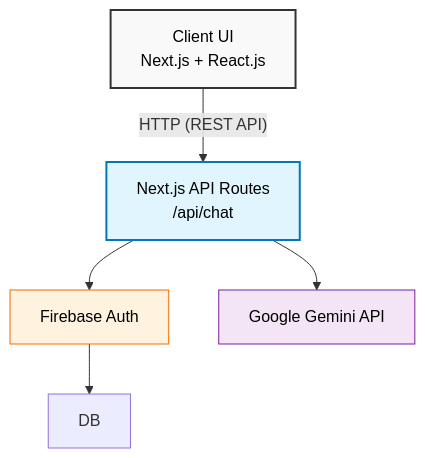
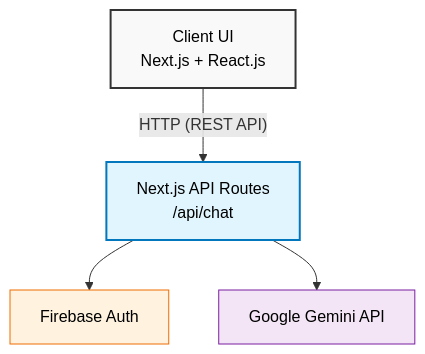
One commit to Jayasree273/smart-ration changed the diagram in README.md. Above: the diagram before and after it, drawn with Mermaid.

````diff
--- a/README.md
+++ b/README.md
@@ -49,20 +49,20 @@
 ```mermaid
 graph TD
     %% Nodes
     UI[Client UI<br/>Next.js + React.js]
     API[Next.js API Routes<br/>/api/chat]
     Auth[Firebase Auth]
     Gemini[Google Gemini API]
 
     %% Connections
     UI -- "HTTP (REST API)" --> API
     API --> Auth
     API --> Gemini
-    Auth --> DB
+    Auth
 
     %% Styling
     style UI fill:#f9f9f9,stroke:#333,stroke-width:2px,color:#000000
     style API fill:#e1f5fe,stroke:#0277bd,stroke-width:2px,color:#000000
     style Auth fill:#fff3e0,stroke:#ef6c00,color:#000000
     style Gemini fill:#f3e5f5,stroke:#7b1fa2,color:#000000
 ```
````
